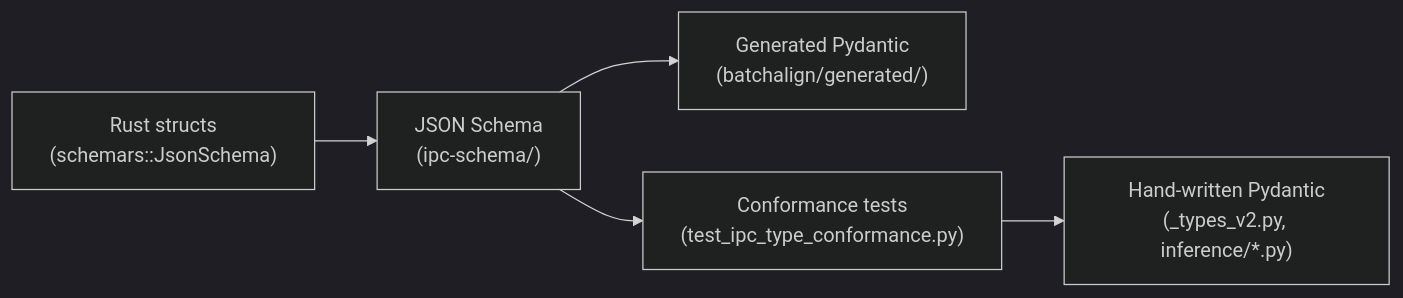
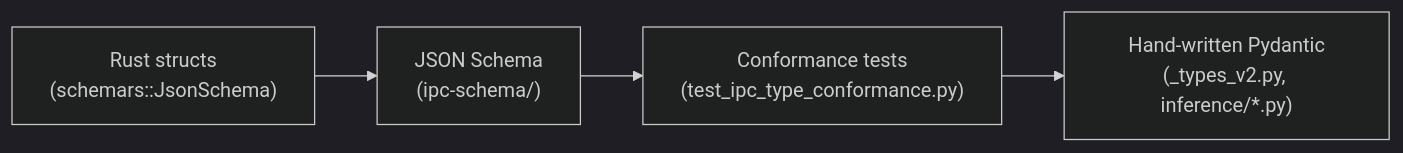
Before and after one commit to TalkBank/talkbank-tools: the diagram in book/src/batchalign/developer/ipc-type-sync.md, drawn with Mermaid (dark theme). The commit also changed other lines of this file and 380 other files, not shown here.

````diff
--- a/book/src/batchalign/developer/ipc-type-sync.md
+++ b/book/src/batchalign/developer/ipc-type-sync.md
@@ -22,7 +22,6 @@
 ```mermaid
 flowchart LR
     rust["Rust structs\n(schemars::JsonSchema)"] --> schema["JSON Schema\n(ipc-schema/)"]
-    schema --> generated["Generated Pydantic\n(batchalign/generated/)"]
     schema --> test["Conformance tests\n(test_ipc_type_conformance.py)"]
     test --> handwritten["Hand-written Pydantic\n(_types_v2.py, inference/*.py)"]
 ```
````
